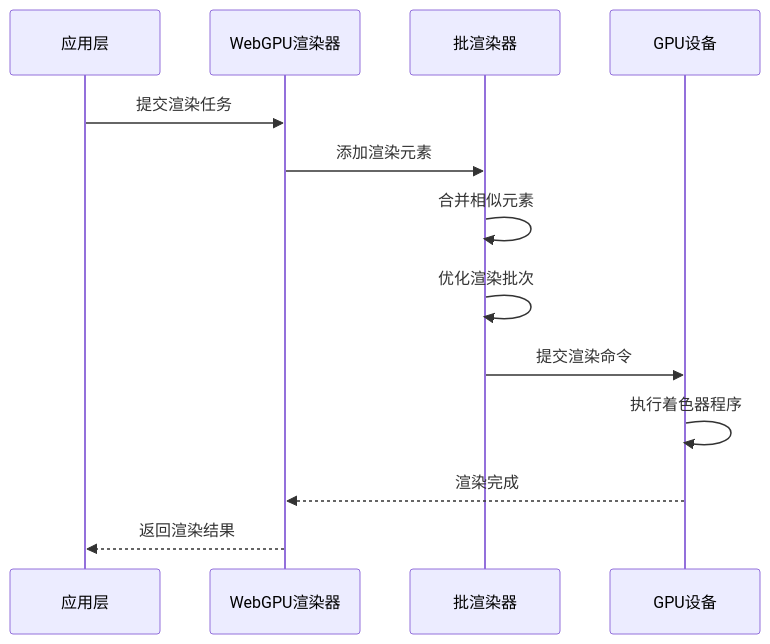
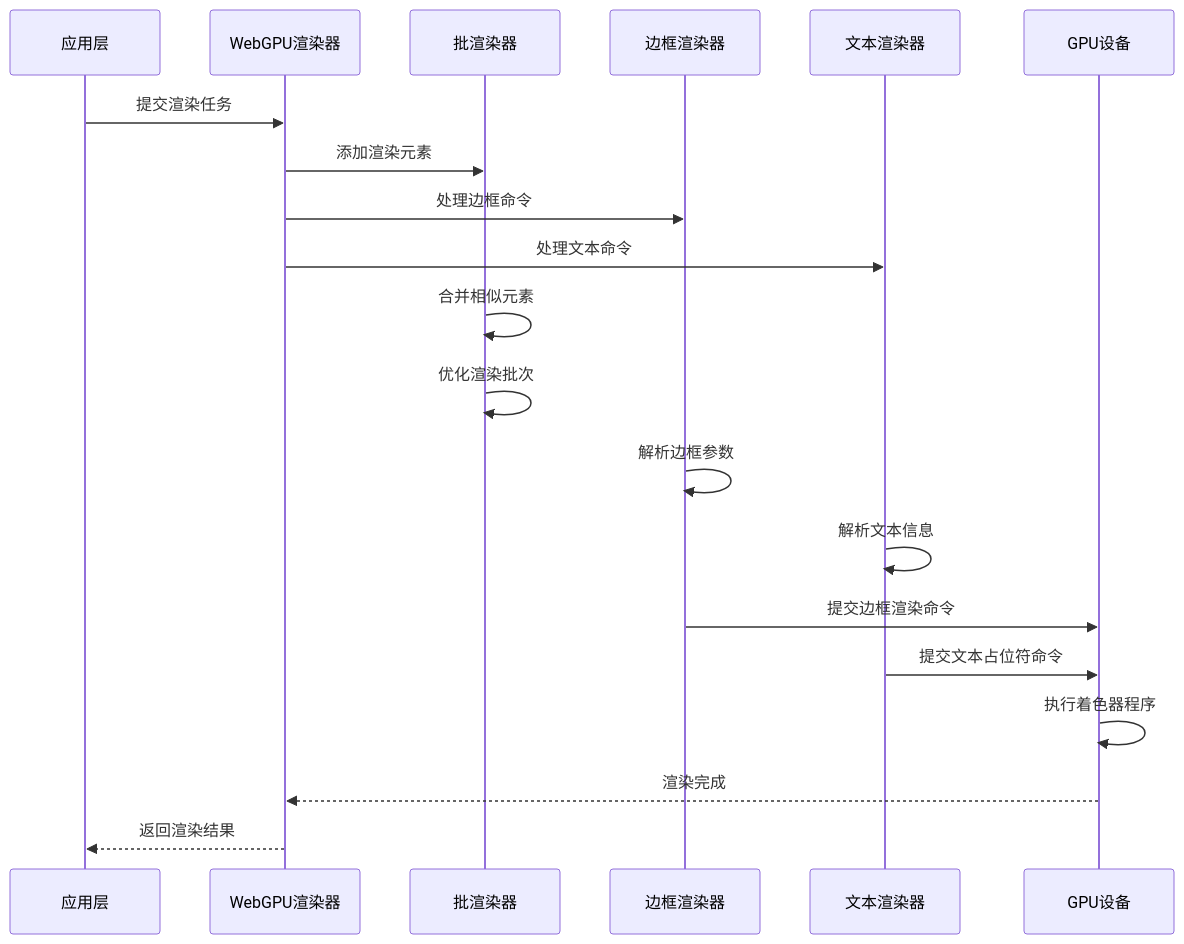
The fourth of 32 diagrams in .qoder/repowiki/zh/content/技术架构详解/WebGPU渲染引擎/WebGPU渲染引擎.md (itszzl-sudo/iris), drawn with Mermaid before and after one commit. The commit also changed other lines of this file and 4 other files, not shown here.

````diff
--- a/.qoder/repowiki/zh/content/技术架构详解/WebGPU渲染引擎/WebGPU渲染引擎.md
+++ b/.qoder/repowiki/zh/content/技术架构详解/WebGPU渲染引擎/WebGPU渲染引擎.md
@@ -218,15 +234,22 @@
 ```mermaid
 sequenceDiagram
 participant App as 应用层
 participant Renderer as WebGPU渲染器
 participant Batch as 批渲染器
+participant Border as 边框渲染器
+participant Text as 文本渲染器
 participant GPU as GPU设备
 App->>Renderer : 提交渲染任务
 Renderer->>Batch : 添加渲染元素
+Renderer->>Border : 处理边框命令
+Renderer->>Text : 处理文本命令
 Batch->>Batch : 合并相似元素
 Batch->>Batch : 优化渲染批次
-Batch->>GPU : 提交渲染命令
+Border->>Border : 解析边框参数
+Text->>Text : 解析文本信息
+Border->>GPU : 提交边框渲染命令
+Text->>GPU : 提交文本占位符命令
 GPU->>GPU : 执行着色器程序
 GPU-->>Renderer : 渲染完成
 Renderer-->>App : 返回渲染结果
 ```
````
